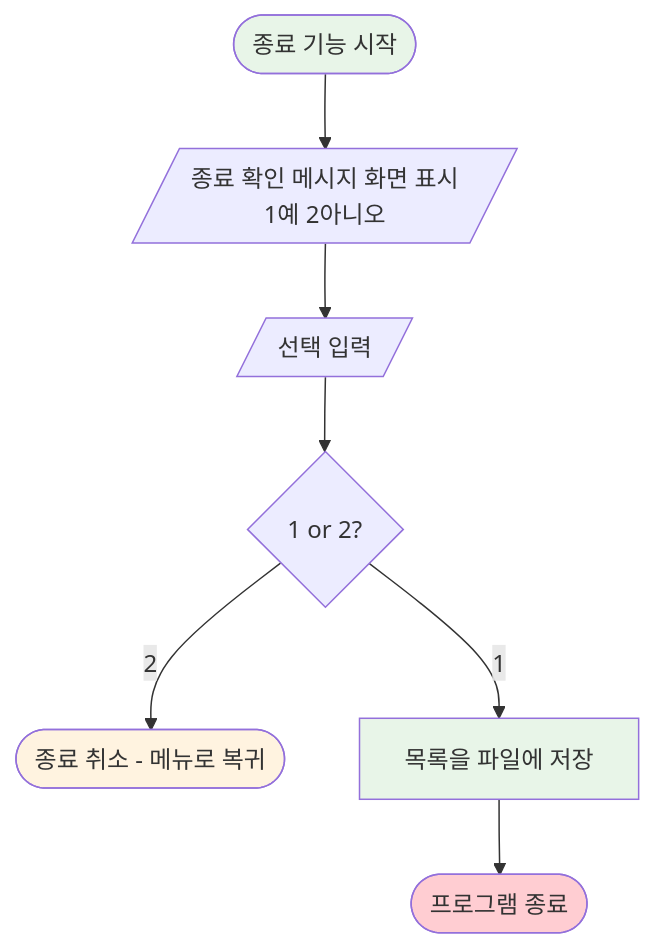
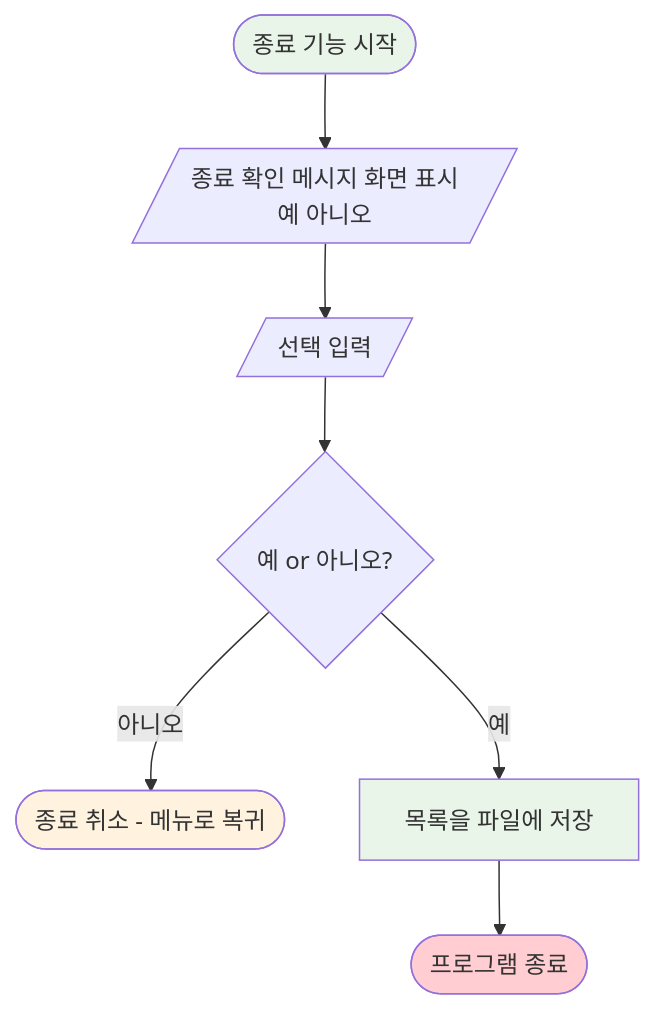
One commit to Happy-o3ov/big20-python-project1-team3 changed the diagram in docs/JYJ/flowchart 5번 종료_JYJ.md. Above: the diagram before and after it, drawn with Mermaid. The commit also changed 2 other files, not shown here.

Commit message:
플로우차트 통합 종료 부분 수정, 플로우 차트 5번 선택 종료 부분 1,2 선택에서 예 or 아니오 수정 big20-project1-YJ.cho.py 파일 추가

````diff
--- a/docs/JYJ/flowchart 5번 종료_JYJ.md
+++ b/docs/JYJ/flowchart 5번 종료_JYJ.md
@@ -1,15 +1,15 @@
 ```mermaid
 flowchart TD
-    EXIT_START([종료 기능 시작]) --> EXIT_CONFIRM[/"종료 확인 메시지 화면 표시<br/>1예 2아니오"/]
+    EXIT_START([종료 기능 시작]) --> EXIT_CONFIRM[/"종료 확인 메시지 화면 표시<br/>예 아니오"/]
     EXIT_CONFIRM --> EXIT_INPUT[/선택 입력/]
-    EXIT_INPUT --> EXIT_CHOICE{1 or 2?}
+    EXIT_INPUT --> EXIT_CHOICE{예 or 아니오?}
     
-    EXIT_CHOICE -->|2| EXIT_CANCEL([종료 취소 - 메뉴로 복귀])
-    EXIT_CHOICE -->|1| SAVE_FILE[목록을 파일에 저장]
+    EXIT_CHOICE -->|아니오| EXIT_CANCEL([종료 취소 - 메뉴로 복귀])
+    EXIT_CHOICE -->|예| SAVE_FILE[목록을 파일에 저장]
     SAVE_FILE --> EXIT_END([프로그램 종료])
     
     style EXIT_START fill:#e8f5e8
     style EXIT_END fill:#ffcdd2
     style EXIT_CANCEL fill:#fff3e0
     style SAVE_FILE fill:#e8f5e8
 ```
````
